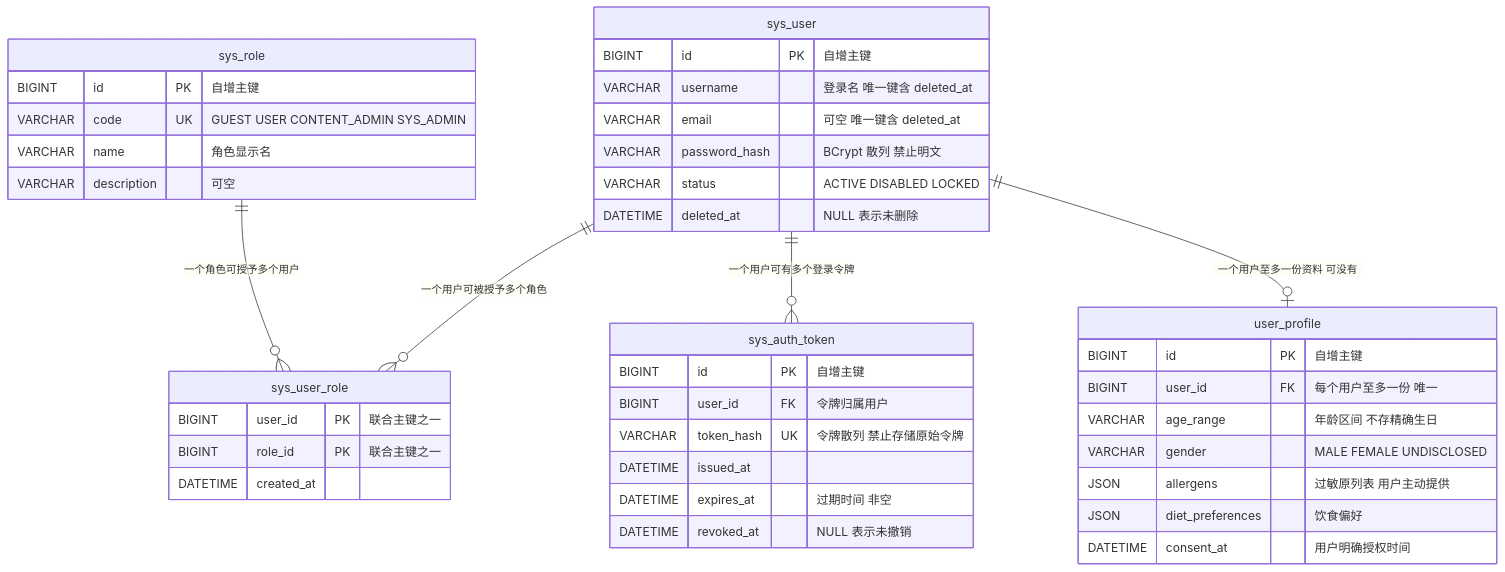
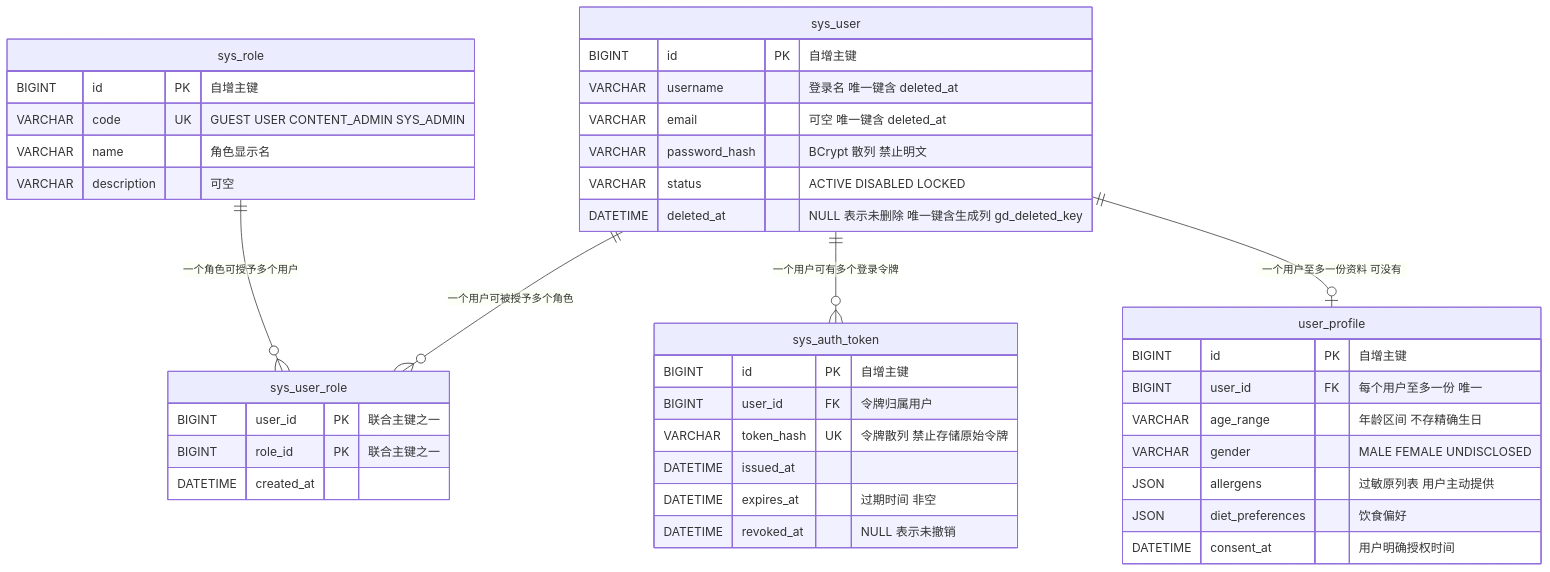
Before and after one commit to buxiangshuohua0724/nutrition-agent: the first of 8 diagrams in docs/er-diagram.md, drawn with Mermaid. The commit also changed other lines of this file and 11 other files, not shown here.

Commit message:
docs: 按实测校正契约示例与 ER 图，并把知识引用守护扩展到 docId/chunkId 字段对

````diff
--- a/docs/er-diagram.md
+++ b/docs/er-diagram.md
@@ -93,43 +95,43 @@
 ```mermaid
 erDiagram
     sys_user {
         BIGINT id PK "自增主键"
         VARCHAR username "登录名 唯一键含 deleted_at"
         VARCHAR email "可空 唯一键含 deleted_at"
         VARCHAR password_hash "BCrypt 散列 禁止明文"
         VARCHAR status "ACTIVE DISABLED LOCKED"
-        DATETIME deleted_at "NULL 表示未删除"
+        DATETIME deleted_at "NULL 表示未删除 唯一键含生成列 gd_deleted_key"
     }
     sys_role {
         BIGINT id PK "自增主键"
         VARCHAR code UK "GUEST USER CONTENT_ADMIN SYS_ADMIN"
         VARCHAR name "角色显示名"
         VARCHAR description "可空"
     }
     sys_user_role {
         BIGINT user_id PK "联合主键之一"
         BIGINT role_id PK "联合主键之一"
         DATETIME created_at
     }
     sys_auth_token {
         BIGINT id PK "自增主键"
         BIGINT user_id FK "令牌归属用户"
         VARCHAR token_hash UK "令牌散列 禁止存储原始令牌"
         DATETIME issued_at
         DATETIME expires_at "过期时间 非空"
         DATETIME revoked_at "NULL 表示未撤销"
     }
     user_profile {
         BIGINT id PK "自增主键"
         BIGINT user_id FK "每个用户至多一份 唯一"
         VARCHAR age_range "年龄区间 不存精确生日"
         VARCHAR gender "MALE FEMALE UNDISCLOSED"
         JSON allergens "过敏原列表 用户主动提供"
         JSON diet_preferences "饮食偏好"
         DATETIME consent_at "用户明确授权时间"
     }
     sys_user ||--o{ sys_user_role : "一个用户可被授予多个角色"
     sys_role ||--o{ sys_user_role : "一个角色可授予多个用户"
     sys_user ||--o{ sys_auth_token : "一个用户可有多个登录令牌"
     sys_user ||--o| user_profile : "一个用户至多一份资料 可没有"
 ```
````
